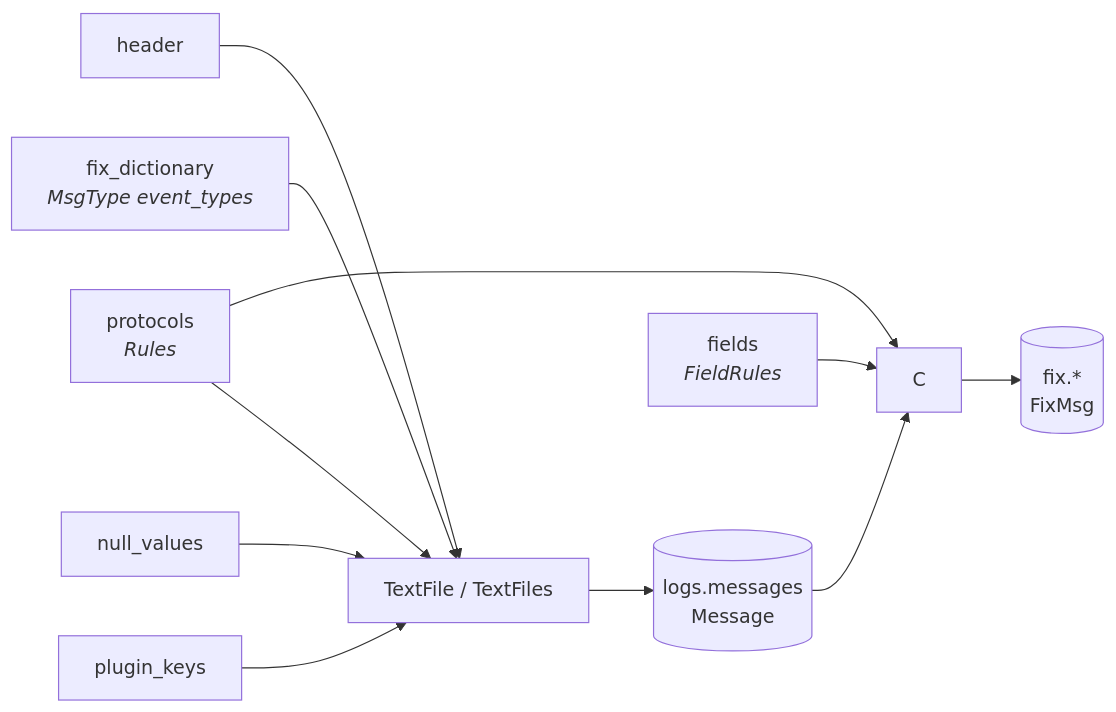
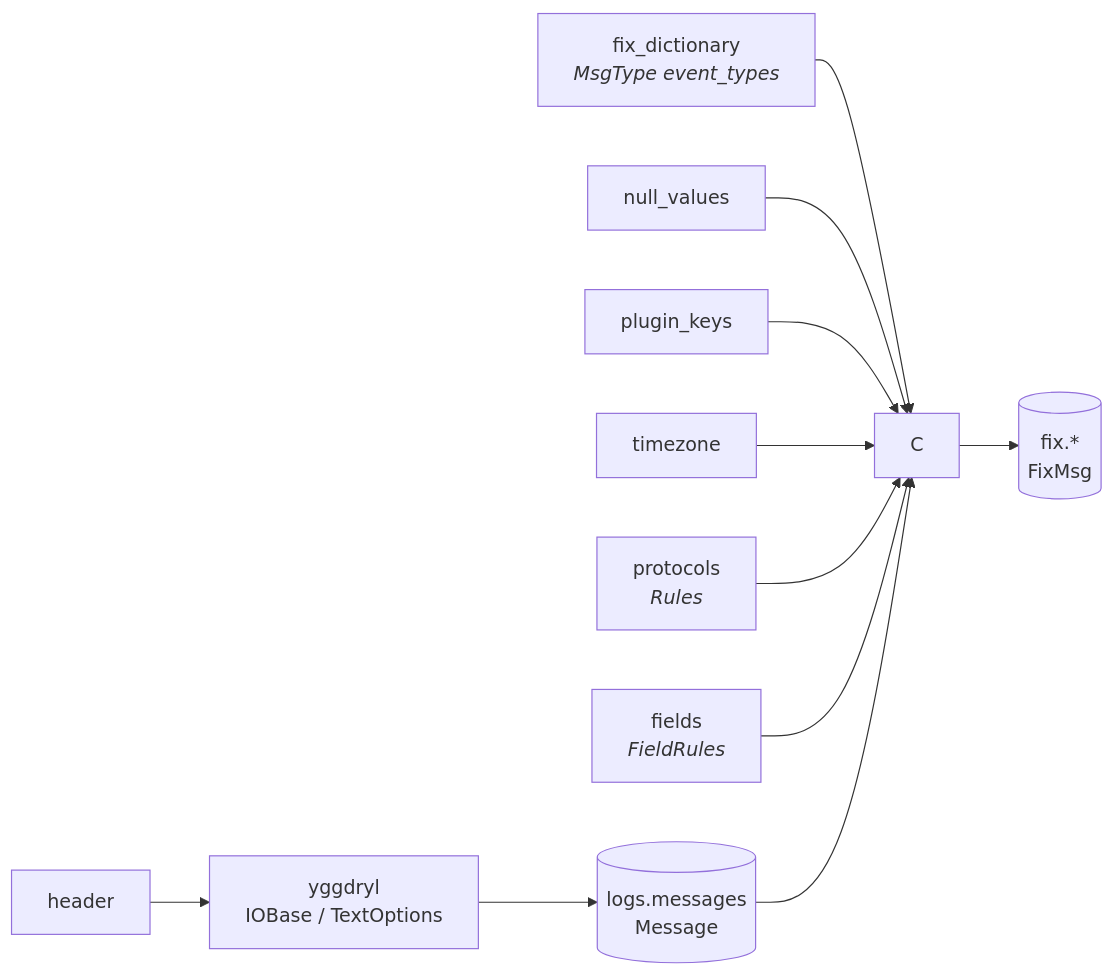
One commit to Platob/yggfin changed the diagram in docs/fix/configuring.md. Above: the diagram before and after it, drawn with Mermaid. The commit also changed other lines of this file and 1783 other files, not shown here.

````diff
--- a/docs/fix/configuring.md
+++ b/docs/fix/configuring.md
@@ -8,13 +9,13 @@
 ```mermaid
 flowchart LR
-    H[header] --> T[TextFile / TextFiles]
-    D[fix_dictionary<br/><i>MsgType event_types</i>] --> T
+    H[header] --> T[yggdryl<br/>IOBase / TextOptions]
     T --> M[(logs.messages<br/>Message)]
-    N[null_values] --> T
-    K[plugin_keys] --> T
+    D[fix_dictionary<br/><i>MsgType event_types</i>] --> C
+    N[null_values] --> C
+    K[plugin_keys] --> C
+    Z[timezone] --> C
     P[protocols<br/><i>Rules</i>] --> C
-    P --> T
     F[fields<br/><i>FieldRules</i>] --> C
     M --> C
     C --> R[(fix.*<br/>FixMsg)]
 ```
````
